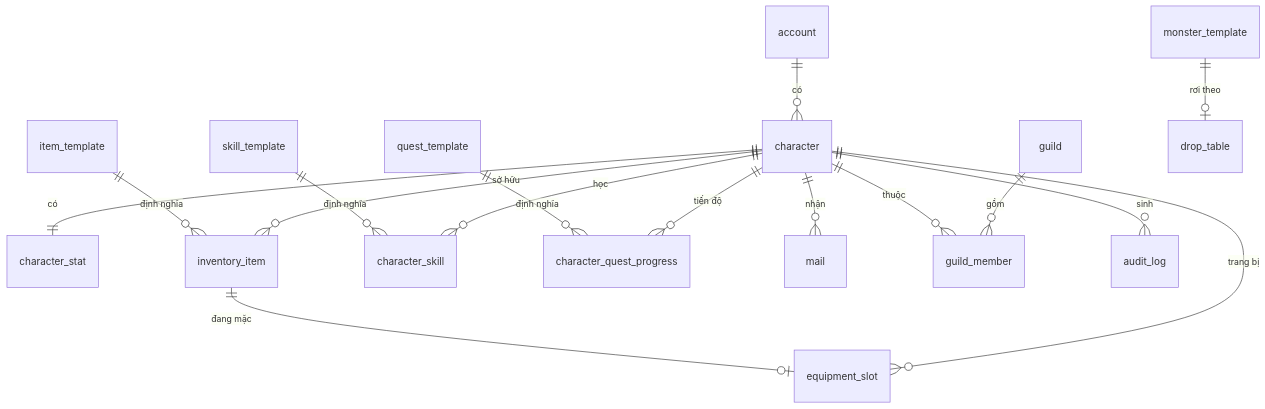
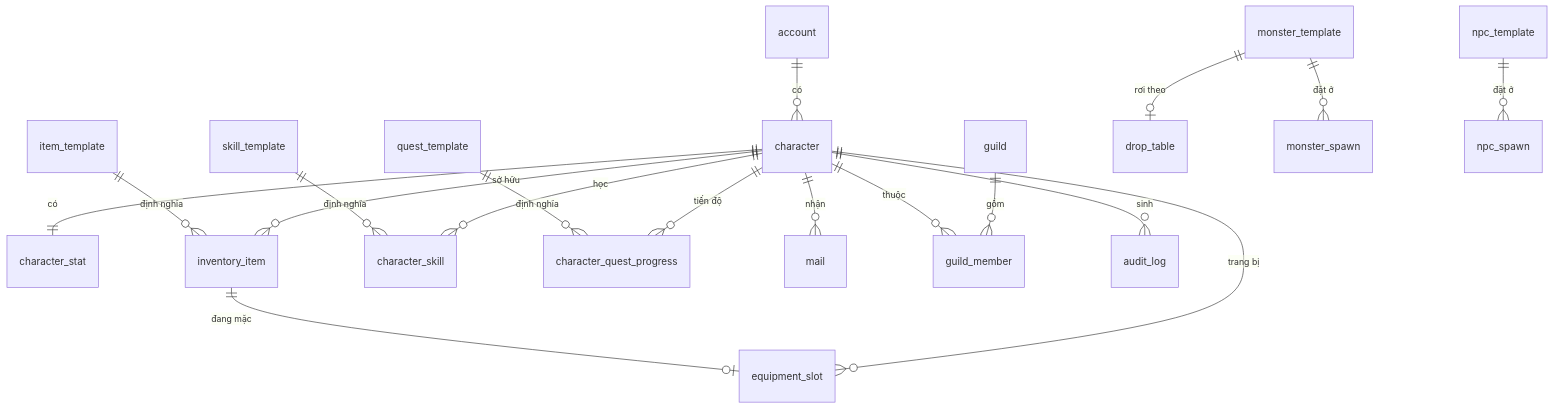
Before and after one commit to ta-min-hieu/shinobi-engine: the diagram in docs/05-server/DATABASE.md, drawn with Mermaid. The commit also changed other lines of this file and 31 other files, not shown here.

````diff
--- a/docs/05-server/DATABASE.md
+++ b/docs/05-server/DATABASE.md
@@ -95,18 +106,20 @@
 ```mermaid
 erDiagram
     account ||--o{ character : "có"
     character ||--|| character_stat : "có"
     character ||--o{ inventory_item : "sở hữu"
     item_template ||--o{ inventory_item : "định nghĩa"
     character ||--o{ equipment_slot : "trang bị"
     inventory_item ||--o| equipment_slot : "đang mặc"
     character ||--o{ character_skill : "học"
     skill_template ||--o{ character_skill : "định nghĩa"
     character ||--o{ character_quest_progress : "tiến độ"
     quest_template ||--o{ character_quest_progress : "định nghĩa"
     character ||--o{ mail : "nhận"
     guild ||--o{ guild_member : "gồm"
     character ||--o{ guild_member : "thuộc"
     character ||--o{ audit_log : "sinh"
     monster_template ||--o| drop_table : "rơi theo"
+    monster_template ||--o{ monster_spawn : "đặt ở"
+    npc_template ||--o{ npc_spawn : "đặt ở"
 ```
````
